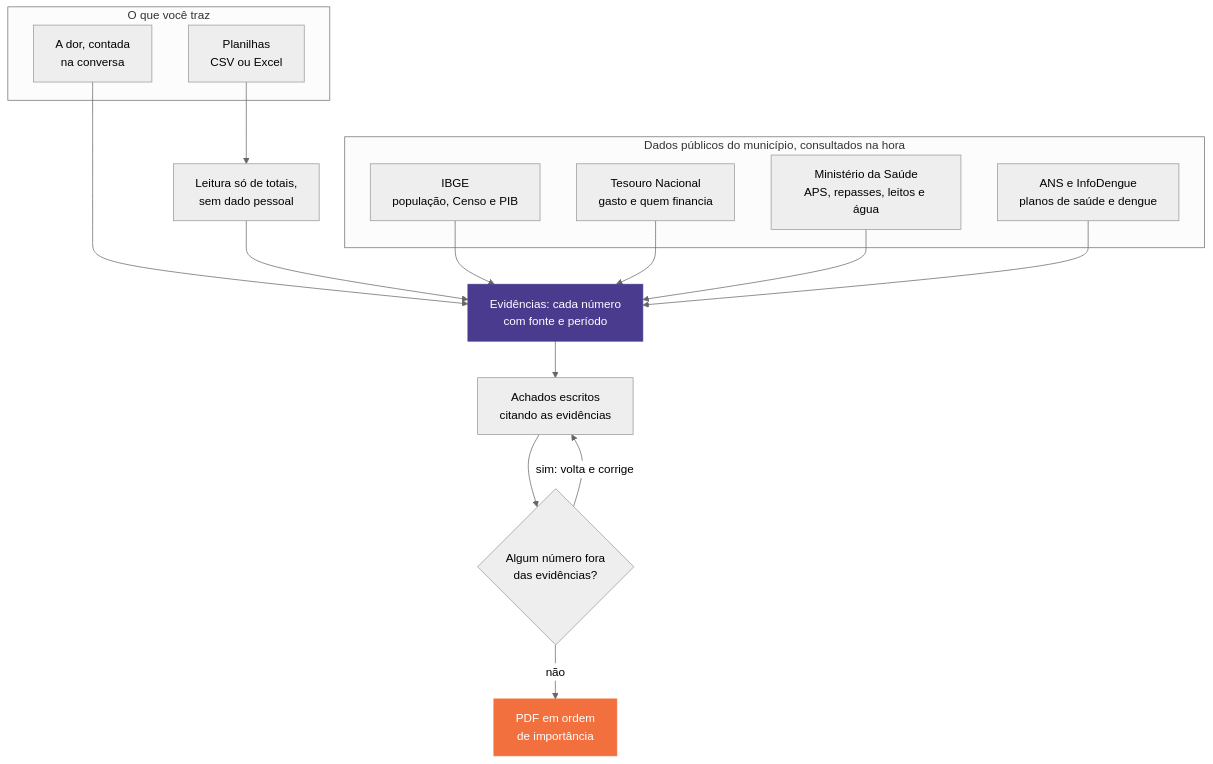
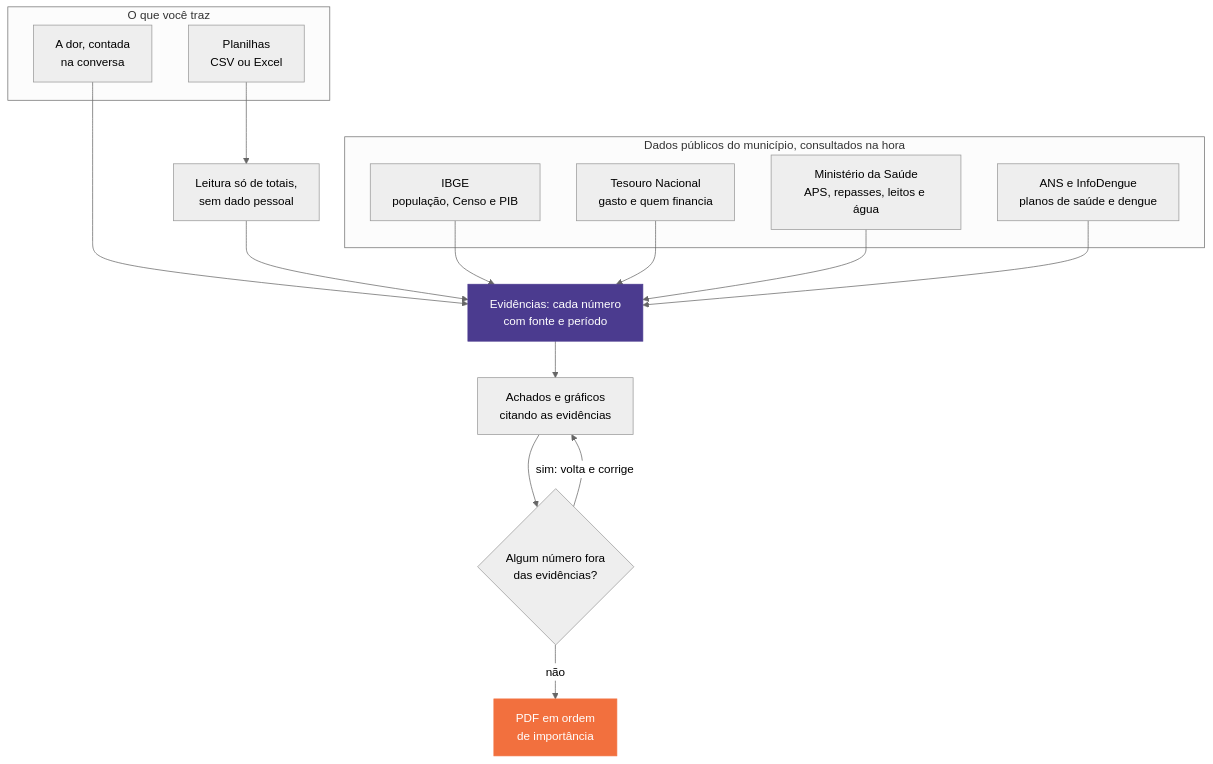
The diagram in README.md (guilhermefaj/improve-saude), drawn with Mermaid (neutral theme) before and after one commit. The commit also changed other lines of this file and 13 other files, not shown here.

````diff
--- a/README.md
+++ b/README.md
@@ -36,25 +36,25 @@
 ```mermaid
 flowchart TB
   subgraph voce["O que você traz"]
     A1["A dor, contada<br>na conversa"]
     A2["Planilhas<br>CSV ou Excel"]
   end
   subgraph fontes["Dados públicos do município, consultados na hora"]
     F1["IBGE<br>população, Censo e PIB"]
     F2["Tesouro Nacional<br>gasto e quem financia"]
     F3["Ministério da Saúde<br>APS, repasses, leitos e água"]
     F4["ANS e InfoDengue<br>planos de saúde e dengue"]
   end
   A2 --> L["Leitura só de totais,<br>sem dado pessoal"]
   A1 --> E
   L --> E["Evidências: cada número<br>com fonte e período"]
   F1 & F2 & F3 & F4 --> E
-  E --> R["Achados escritos<br>citando as evidências"]
+  E --> R["Achados e gráficos<br>citando as evidências"]
   R --> C{"Algum número fora<br>das evidências?"}
   C -- "sim: volta e corrige" --> R
   C -- "não" --> D["PDF em ordem<br>de importância"]
   classDef chave fill:#4B3B8F,stroke:#4B3B8F,color:#fff
   classDef fim fill:#F2703E,stroke:#F2703E,color:#fff
   class E chave
   class D fim
 ```
````
